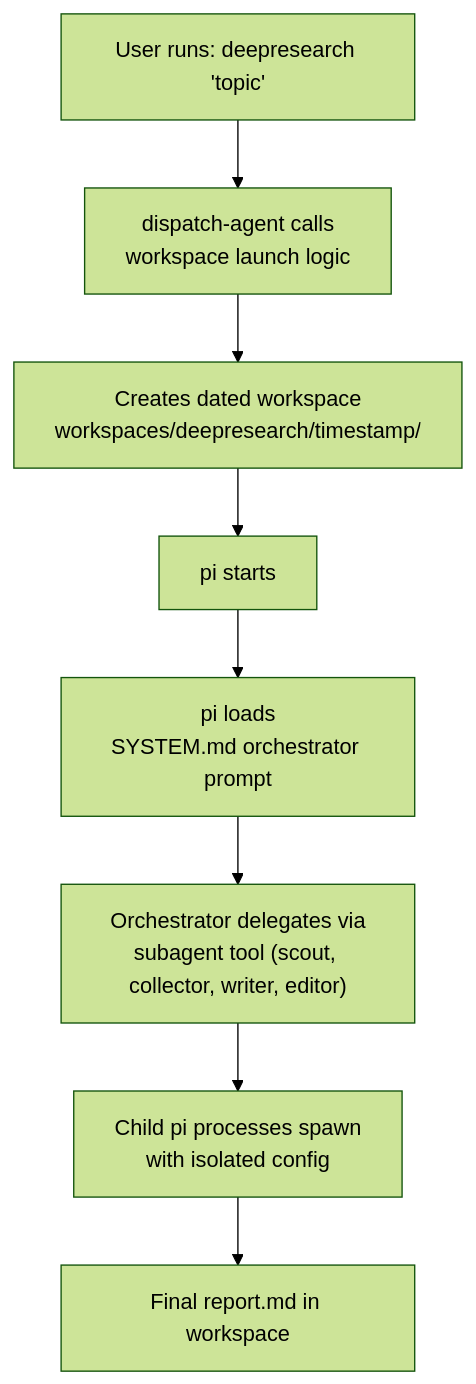
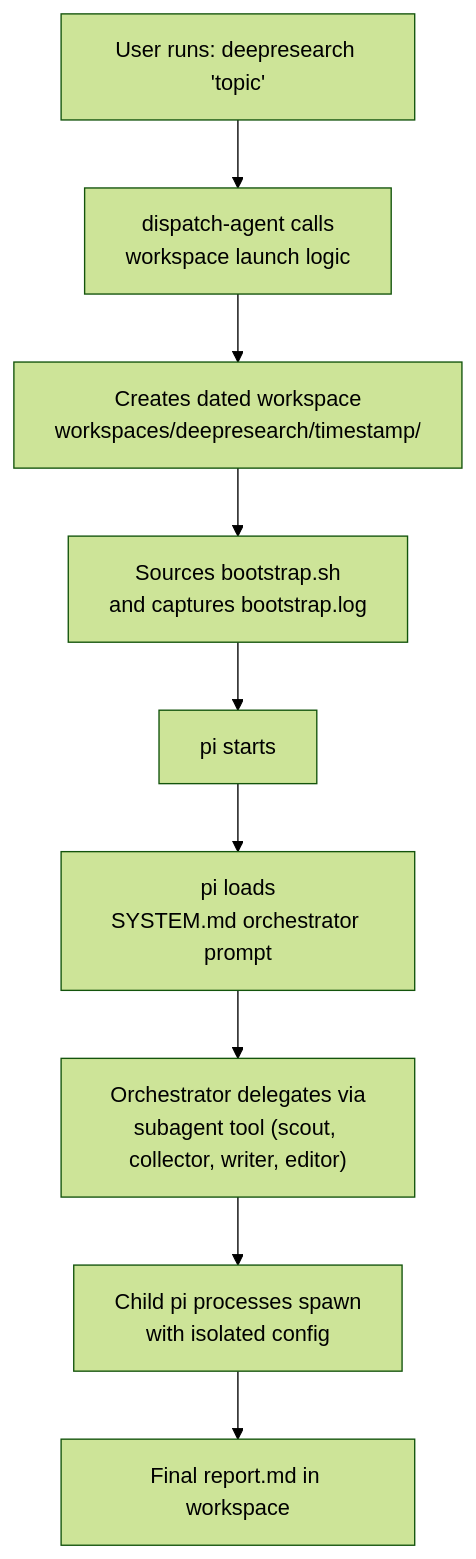
The second of 3 diagrams in docs/architecture.md (PlebeiusGaragicus/dot-pi), drawn with Mermaid (forest theme) before and after one commit. The commit also changed other lines of this file and 23 other files, not shown here.

````diff
--- a/docs/architecture.md
+++ b/docs/architecture.md
@@ -76,14 +76,15 @@
 ```mermaid
 graph TD
   WUser["User runs: deepresearch 'topic'"]
   WAlias["dispatch-agent calls<br/>workspace launch logic"]
   WDir["Creates dated workspace<br/>workspaces/deepresearch/timestamp/"]
+  WBootstrap["Sources bootstrap.sh<br/>and captures bootstrap.log"]
   WPi["pi starts"]
   WSystem["pi loads<br/>SYSTEM.md orchestrator prompt"]
   WSubagent["Orchestrator delegates via<br/>subagent tool (scout, collector, writer, editor)"]
   WChild["Child pi processes spawn<br/>with isolated config"]
   WReport["Final report.md in workspace"]
 
-  WUser --> WAlias --> WDir --> WPi
+  WUser --> WAlias --> WDir --> WBootstrap --> WPi
   WPi --> WSystem --> WSubagent --> WChild --> WReport
 ```
````
